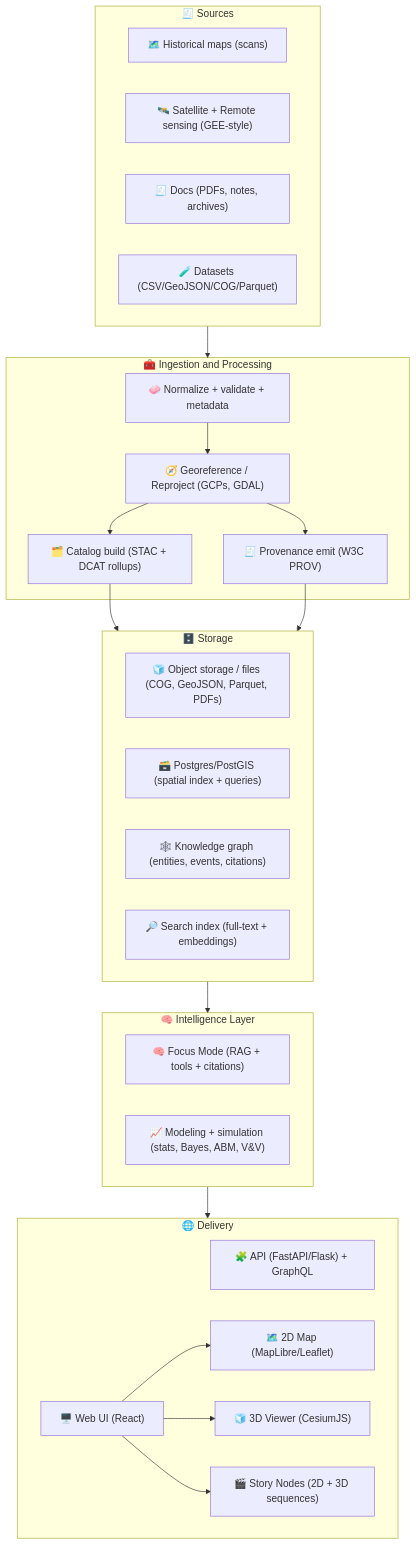
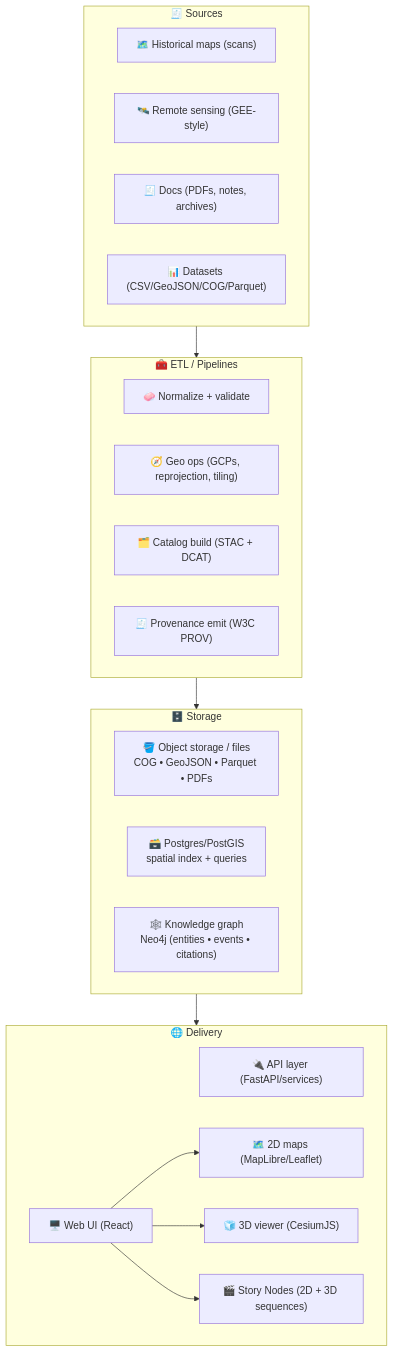
One commit to bartytime4life/Kansas-Frontier-Matrix changed the second of 2 diagrams in README.md. Above: the diagram before and after it, drawn with Mermaid. The commit also changed other lines of this file, not shown here.

````diff
--- a/README.md
+++ b/README.md
@@ -143,47 +156,37 @@
 ```mermaid
 flowchart TB
   subgraph Sources["🧾 Sources"]
     A["🗺️ Historical maps (scans)"]
-    B["🛰️ Satellite + Remote sensing (GEE-style)"]
+    B["🛰️ Remote sensing (GEE-style)"]
     C["🧾 Docs (PDFs, notes, archives)"]
-    D["🧪 Datasets (CSV/GeoJSON/COG/Parquet)"]
+    D["📊 Datasets (CSV/GeoJSON/COG/Parquet)"]
   end
 
-  subgraph Ingest["🧰 Ingestion and Processing"]
-    E["🧼 Normalize + validate + metadata"]
-    F["🧭 Georeference / Reproject (GCPs, GDAL)"]
-    G["🗂️ Catalog build (STAC + DCAT rollups)"]
+  subgraph Pipelines["🧰 ETL / Pipelines"]
+    E["🧼 Normalize + validate"]
+    F["🧭 Geo ops (GCPs, reprojection, tiling)"]
+    G["🗂️ Catalog build (STAC + DCAT)"]
     H["🧾 Provenance emit (W3C PROV)"]
   end
 
   subgraph Storage["🗄️ Storage"]
-    I["🧊 Object storage / files (COG, GeoJSON, Parquet, PDFs)"]
-    J["🗃️ Postgres/PostGIS (spatial index + queries)"]
-    K["🕸️ Knowledge graph (entities, events, citations)"]
-    L["🔎 Search index (full-text + embeddings)"]
-  end
-
-  subgraph Intelligence["🧠 Intelligence Layer"]
-    M["🧠 Focus Mode (RAG + tools + citations)"]
-    N["📈 Modeling + simulation (stats, Bayes, ABM, V&V)"]
+    I["🪣 Object storage / files<br/>COG • GeoJSON • Parquet • PDFs"]
+    J["🗃️ Postgres/PostGIS<br/>spatial index + queries"]
+    K["🕸️ Knowledge graph<br/>Neo4j (entities • events • citations)"]
   end
 
   subgraph Delivery["🌐 Delivery"]
-    O["🧩 API (FastAPI/Flask) + GraphQL"]
-    P["🖥️ Web UI (React)"]
-    Q["🗺️ 2D Map (MapLibre/Leaflet)"]
-    R["🧊 3D Viewer (CesiumJS)"]
-    S["🎬 Story Nodes (2D + 3D sequences)"]
+    L["🔌 API layer (FastAPI/services)"]
+    M["🖥️ Web UI (React)"]
+    N["🗺️ 2D maps (MapLibre/Leaflet)"]
+    O["🧊 3D viewer (CesiumJS)"]
+    P["🎬 Story Nodes (2D + 3D sequences)"]
   end
 
-  Sources --> Ingest
-  E --> F --> G
-  F --> H
-  G --> Storage
-  H --> Storage
-  Storage --> Intelligence
-  Intelligence --> Delivery
-  P --> Q
-  P --> R
-  P --> S
+  Sources --> Pipelines
+  Pipelines --> Storage
+  Storage --> Delivery
+  M --> N
+  M --> O
+  M --> P
 ```
````
